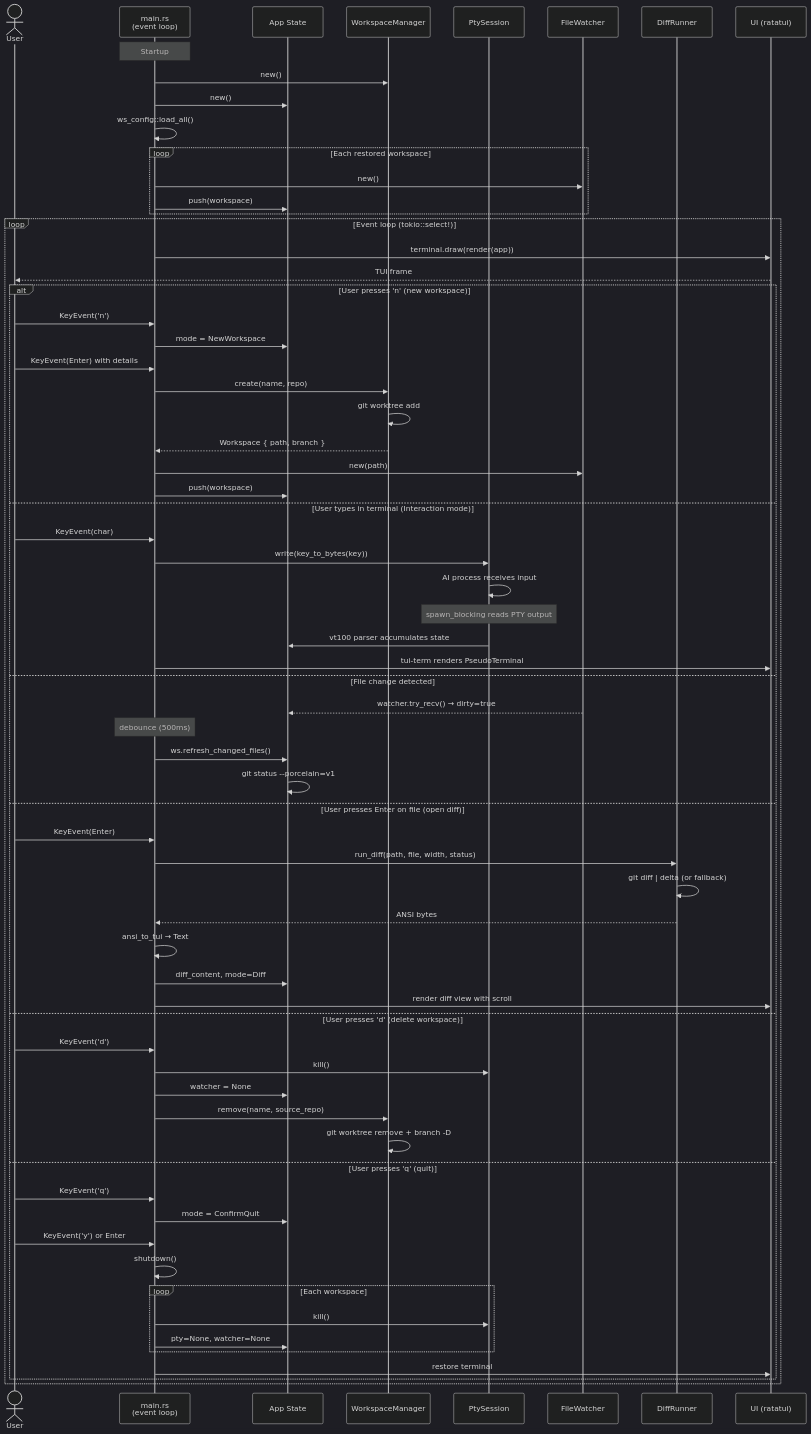
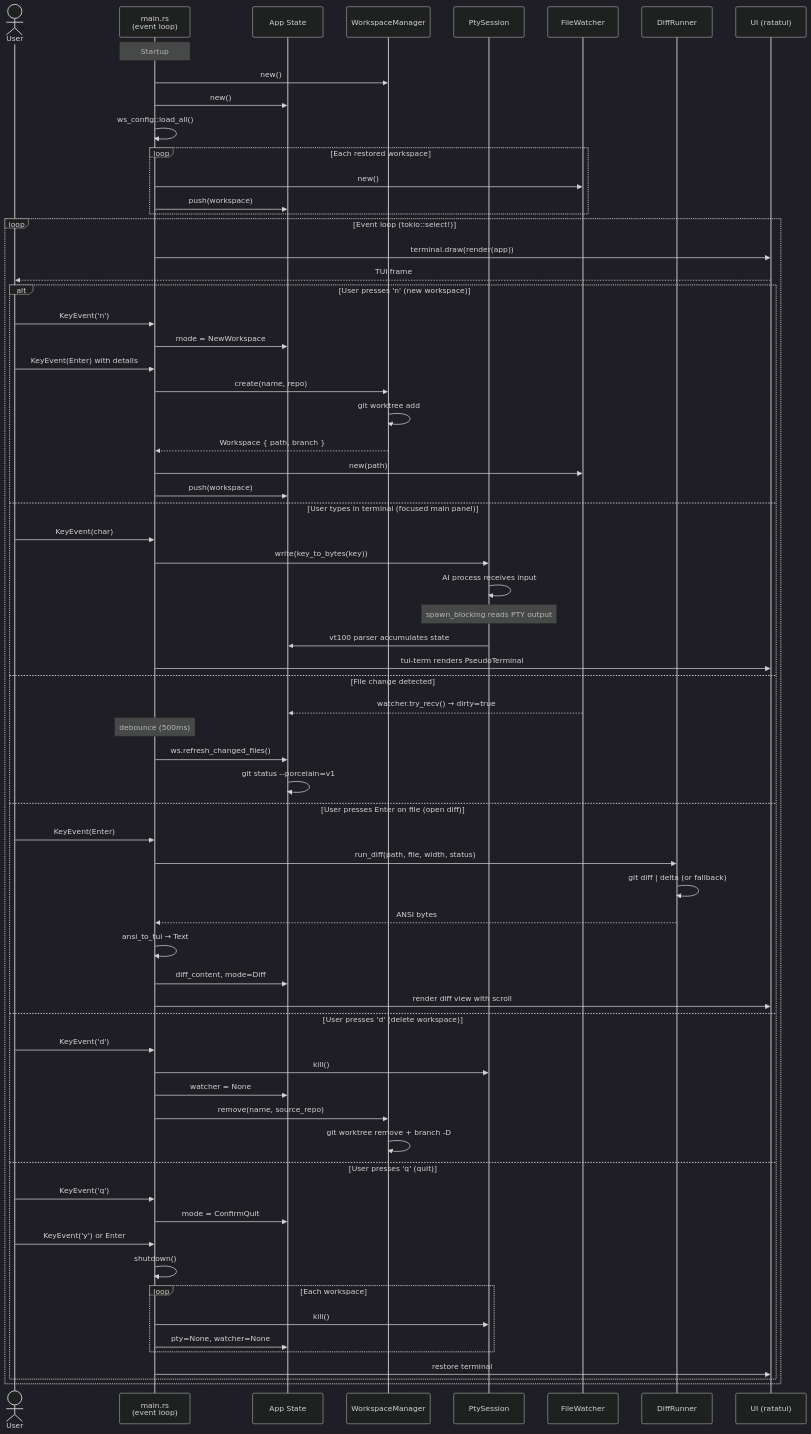
Before and after one commit to juanknebel/piki-multi-ai: the diagram in README.md, drawn with Mermaid (dark theme). The commit also changed other lines of this file and 1 other file, not shown here.

````diff
--- a/README.md
+++ b/README.md
@@ -938,77 +939,77 @@
 ```mermaid
 sequenceDiagram
     actor User
     participant Main as main.rs<br/>(event loop)
     participant App as App State
     participant WM as WorkspaceManager
     participant PTY as PtySession
     participant Watcher as FileWatcher
     participant Diff as DiffRunner
     participant UI as UI (ratatui)
 
     Note over Main: Startup
     Main->>WM: new()
     Main->>App: new()
     Main->>Main: ws_config::load_all()
     loop Each restored workspace
         Main->>Watcher: new()
         Main->>App: push(workspace)
     end
 
     loop Event loop (tokio::select!)
         Main->>UI: terminal.draw(render(app))
         UI-->>User: TUI frame
 
         alt User presses 'n' (new workspace)
             User->>Main: KeyEvent('n')
             Main->>App: mode = NewWorkspace
             User->>Main: KeyEvent(Enter) with details
             Main->>WM: create(name, repo)
             WM->>WM: git worktree add
             WM-->>Main: Workspace { path, branch }
             Main->>Watcher: new(path)
             Main->>App: push(workspace)
 
-        else User types in terminal (Interaction mode)
+        else User types in terminal (focused main panel)
             User->>Main: KeyEvent(char)
             Main->>PTY: write(key_to_bytes(key))
             PTY->>PTY: AI process receives input
             Note over PTY: spawn_blocking reads PTY output
             PTY->>App: vt100 parser accumulates state
             Main->>UI: tui-term renders PseudoTerminal
 
         else File change detected
             Watcher-->>App: watcher.try_recv() → dirty=true
             Note over Main: debounce (500ms)
             Main->>App: ws.refresh_changed_files()
             App->>App: git status --porcelain=v1
 
         else User presses Enter on file (open diff)
             User->>Main: KeyEvent(Enter)
             Main->>Diff: run_diff(path, file, width, status)
             Diff->>Diff: git diff | delta (or fallback)
             Diff-->>Main: ANSI bytes
             Main->>Main: ansi_to_tui → Text
             Main->>App: diff_content, mode=Diff
             Main->>UI: render diff view with scroll
 
         else User presses 'd' (delete workspace)
             User->>Main: KeyEvent('d')
             Main->>PTY: kill()
             Main->>App: watcher = None
             Main->>WM: remove(name, source_repo)
             WM->>WM: git worktree remove + branch -D
 
         else User presses 'q' (quit)
             User->>Main: KeyEvent('q')
             Main->>App: mode = ConfirmQuit
             User->>Main: KeyEvent('y') or Enter
             Main->>Main: shutdown()
             loop Each workspace
                 Main->>PTY: kill()
                 Main->>App: pty=None, watcher=None
             end
             Main->>UI: restore terminal
         end
     end
 ```
````
